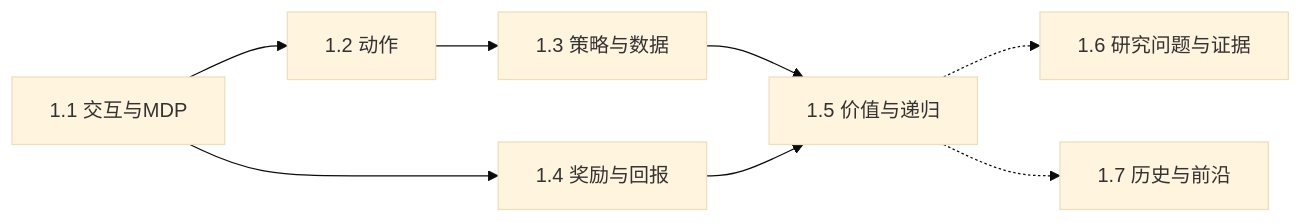
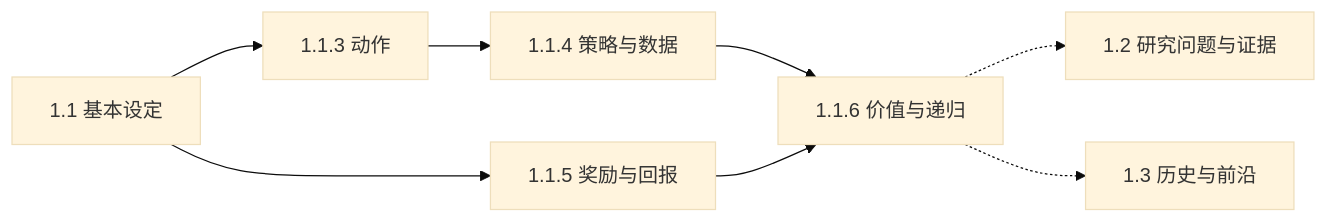
The second of 9 diagrams in plans/reinforcement-learning-outline.md (shixiaogang/notes-on-machine-learning), drawn with Mermaid (base theme) before and after one commit. The commit also changed other lines of this file and 7 other files, not shown here.

````diff
--- a/plans/reinforcement-learning-outline.md
+++ b/plans/reinforcement-learning-outline.md
@@ -135,10 +135,10 @@
 ```mermaid
 flowchart LR
-    I["1.1 交互与MDP"] --> A["1.2 动作"]
-    A --> P["1.3 策略与数据"]
-    I --> R["1.4 奖励与回报"]
-    P --> V["1.5 价值与递归"]
+    I["1.1 基本设定"] --> A["1.1.3 动作"]
+    A --> P["1.1.4 策略与数据"]
+    I --> R["1.1.5 奖励与回报"]
+    P --> V["1.1.6 价值与递归"]
     R --> V
-    V -.-> Q["1.6 研究问题与证据"]
-    V -.-> H["1.7 历史与前沿"]
+    V -.-> Q["1.2 研究问题与证据"]
+    V -.-> H["1.3 历史与前沿"]
 ```
````
